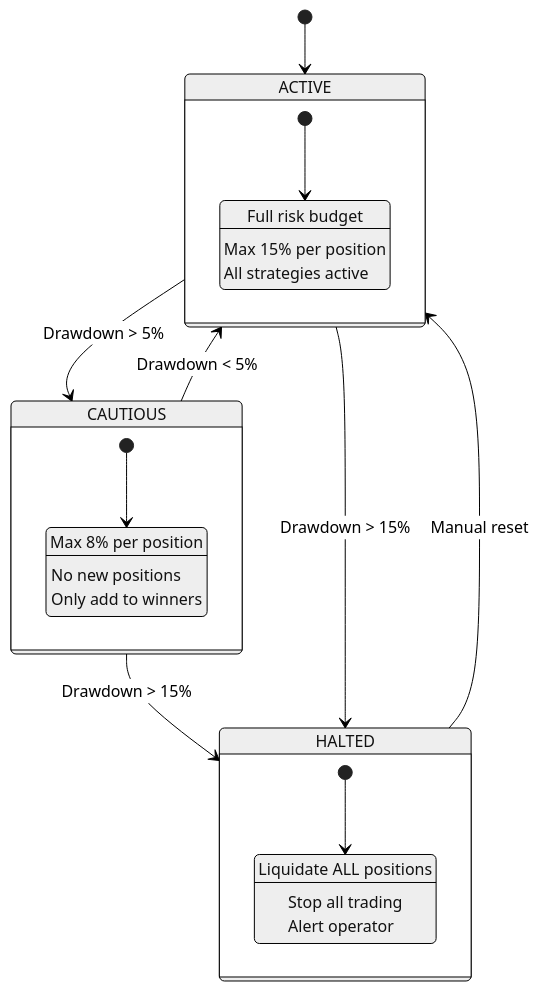
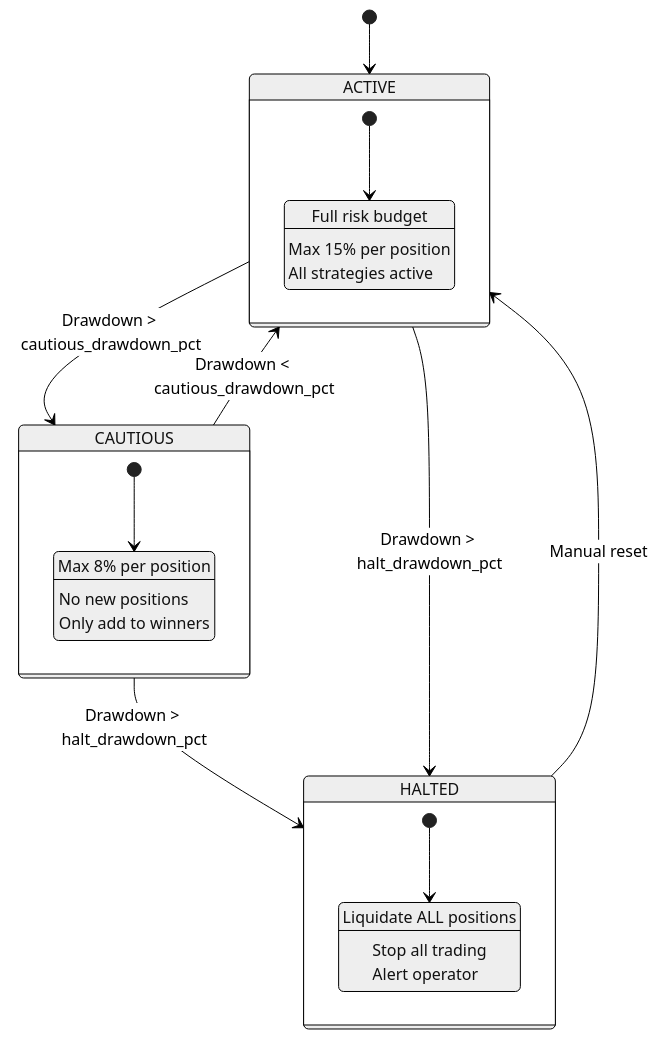
The third of 5 diagrams in docs/ARCHITECTURE.md (zenouz-ai/zeninvest), drawn with Mermaid (neutral theme) before and after one commit. The commit also changed other lines of this file and 2 other files, not shown here.

````diff
--- a/docs/ARCHITECTURE.md
+++ b/docs/ARCHITECTURE.md
@@ -581,32 +585,32 @@
 ```mermaid
 stateDiagram-v2
     [*] --> ACTIVE
 
-    ACTIVE --> CAUTIOUS: Drawdown > 5%
-    CAUTIOUS --> ACTIVE: Drawdown < 5%
-    CAUTIOUS --> HALTED: Drawdown > 15%
-    ACTIVE --> HALTED: Drawdown > 15%
+    ACTIVE --> CAUTIOUS: Drawdown > cautious_drawdown_pct
+    CAUTIOUS --> ACTIVE: Drawdown < cautious_drawdown_pct
+    CAUTIOUS --> HALTED: Drawdown > halt_drawdown_pct
+    ACTIVE --> HALTED: Drawdown > halt_drawdown_pct
 
     HALTED --> ACTIVE: Manual reset
 
     state ACTIVE {
         [*] --> FullBudget
         FullBudget: Full risk budget
         FullBudget: Max 15% per position
         FullBudget: All strategies active
     }
 
     state CAUTIOUS {
         [*] --> ReducedBudget
         ReducedBudget: Max 8% per position
         ReducedBudget: No new positions
         ReducedBudget: Only add to winners
     }
 
     state HALTED {
         [*] --> Emergency
         Emergency: Liquidate ALL positions
         Emergency: Stop all trading
         Emergency: Alert operator
     }
 ```
````
